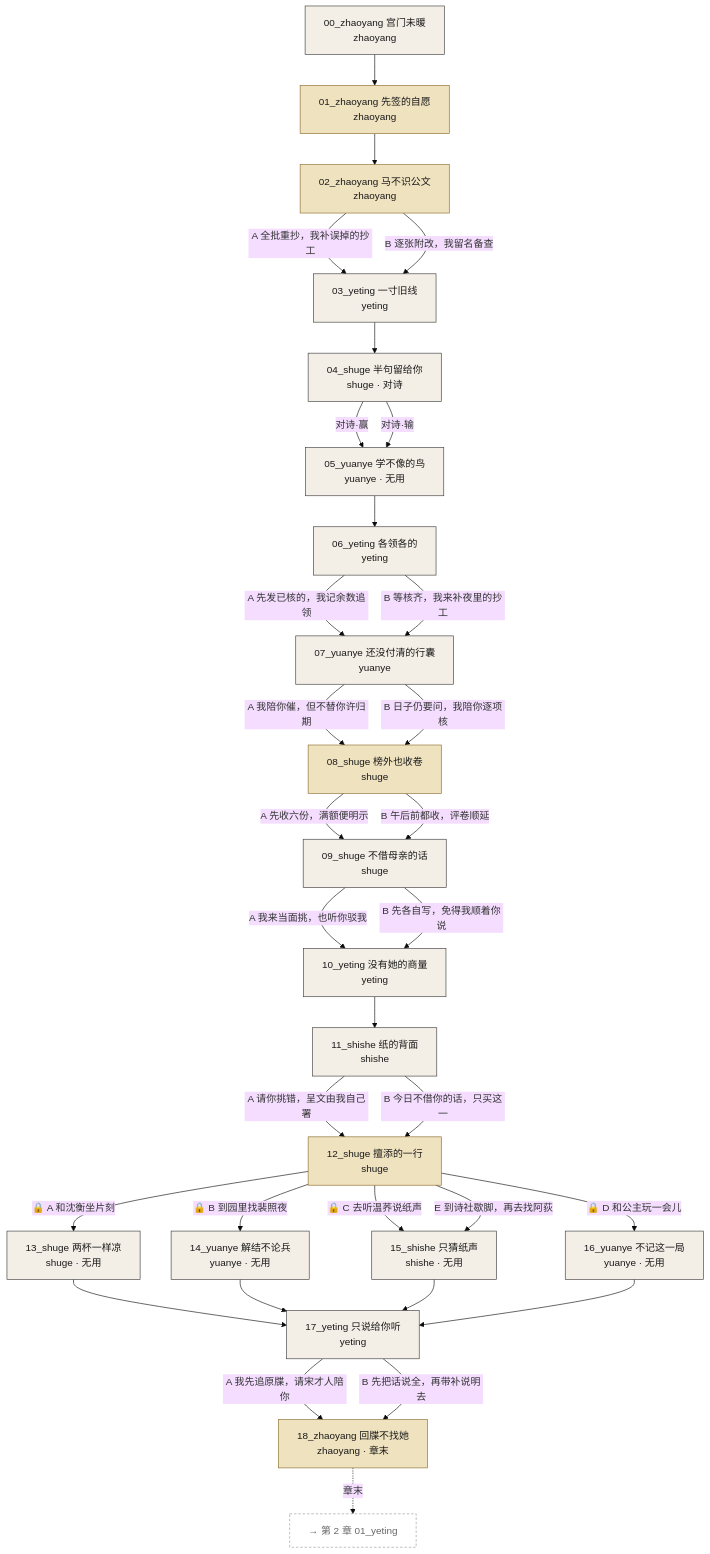
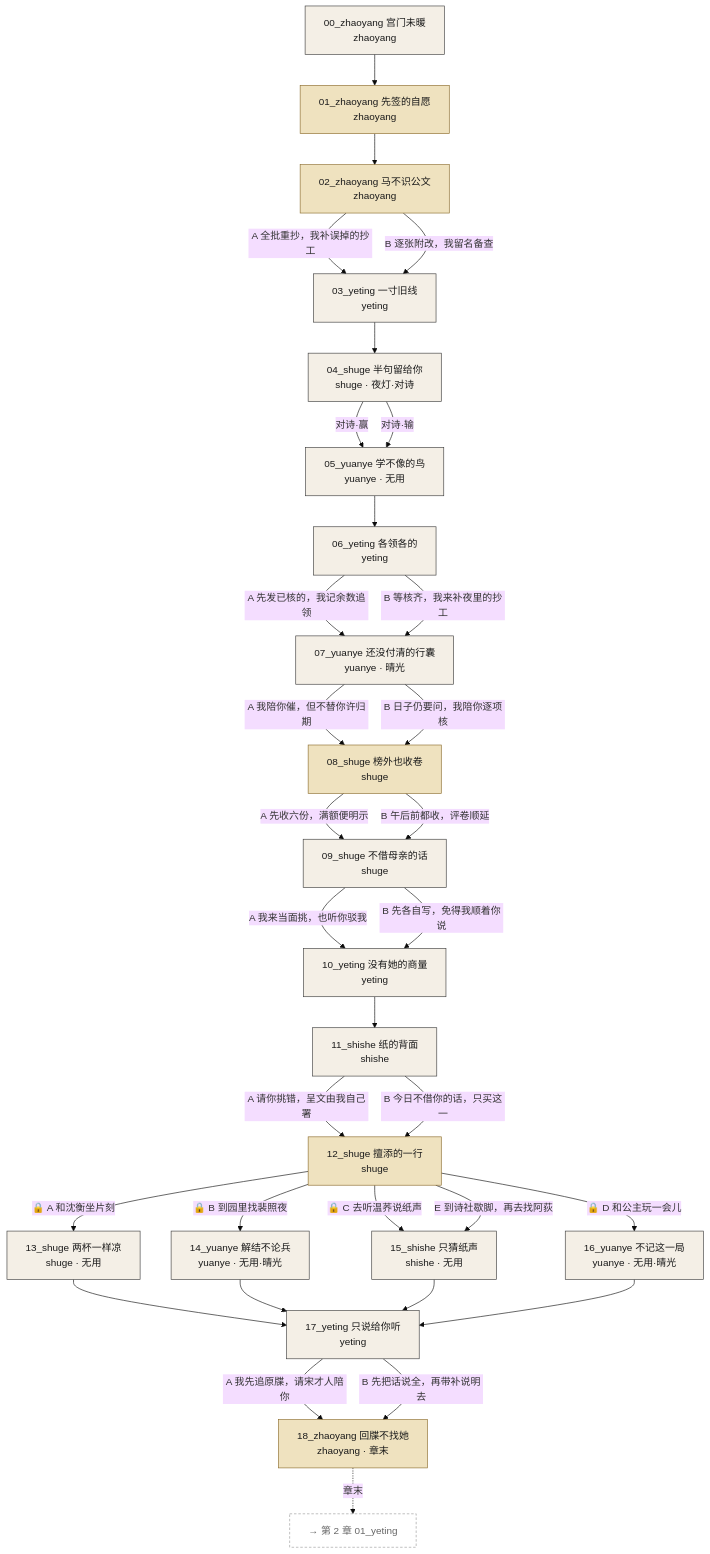
Before and after one commit to Yidizhu/wuzetian: the first of 4 diagrams in docs/story-graph.md, drawn with Mermaid (base theme). The commit also changed other lines of this file and 13 other files, not shown here.

First line of the commit message:
D28：C48 正式转换（六处晴光、两处夜灯）；场次图布置名；新指纹 aefe19f42117

````diff
--- a/docs/story-graph.md
+++ b/docs/story-graph.md
@@ -19,58 +19,58 @@
 ```mermaid
 flowchart TD
   classDef ink fill:#f4efe6,stroke:#3a3a3a,color:#1a1a1a
   classDef gold fill:#efe2bf,stroke:#8a6a2a,color:#1a1a1a
   classDef orphan stroke:#b23a2a,stroke-width:3px
   classDef pending fill:#ffffff,stroke:#999,stroke-dasharray:4 3,color:#666
   ch01_s00_zhaoyang["00_zhaoyang 宫门未暖<br/>zhaoyang"]:::ink
   ch01_s01_zhaoyang["01_zhaoyang 先签的自愿<br/>zhaoyang"]:::gold
   ch01_s02_zhaoyang["02_zhaoyang 马不识公文<br/>zhaoyang"]:::gold
   ch01_s03_yeting["03_yeting 一寸旧线<br/>yeting"]:::ink
-  ch01_s04_shuge["04_shuge 半句留给你<br/>shuge · 对诗"]:::ink
+  ch01_s04_shuge["04_shuge 半句留给你<br/>shuge · 夜灯·对诗"]:::ink
   ch01_s05_yuanye["05_yuanye 学不像的鸟<br/>yuanye · 无用"]:::ink
   ch01_s06_yeting["06_yeting 各领各的<br/>yeting"]:::ink
-  ch01_s07_yuanye["07_yuanye 还没付清的行囊<br/>yuanye"]:::ink
+  ch01_s07_yuanye["07_yuanye 还没付清的行囊<br/>yuanye · 晴光"]:::ink
   ch01_s08_shuge["08_shuge 榜外也收卷<br/>shuge"]:::gold
   ch01_s09_shuge["09_shuge 不借母亲的话<br/>shuge"]:::ink
   ch01_s10_yeting["10_yeting 没有她的商量<br/>yeting"]:::ink
   ch01_s11_shishe["11_shishe 纸的背面<br/>shishe"]:::ink
   ch01_s12_shuge["12_shuge 擅添的一行<br/>shuge"]:::gold
   ch01_s13_shuge["13_shuge 两杯一样凉<br/>shuge · 无用"]:::ink
-  ch01_s14_yuanye["14_yuanye 解结不论兵<br/>yuanye · 无用"]:::ink
+  ch01_s14_yuanye["14_yuanye 解结不论兵<br/>yuanye · 无用·晴光"]:::ink
   ch01_s15_shishe["15_shishe 只猜纸声<br/>shishe · 无用"]:::ink
-  ch01_s16_yuanye["16_yuanye 不记这一局<br/>yuanye · 无用"]:::ink
+  ch01_s16_yuanye["16_yuanye 不记这一局<br/>yuanye · 无用·晴光"]:::ink
   ch01_s17_yeting["17_yeting 只说给你听<br/>yeting"]:::ink
   ch01_s18_zhaoyang["18_zhaoyang 回牒不找她<br/>zhaoyang · 章末"]:::gold
   ch01_s00_zhaoyang --> ch01_s01_zhaoyang
   ch01_s01_zhaoyang --> ch01_s02_zhaoyang
   ch01_s02_zhaoyang -->|"A 全批重抄，我补误掉的抄工"| ch01_s03_yeting
   ch01_s02_zhaoyang -->|"B 逐张附改，我留名备查"| ch01_s03_yeting
   ch01_s03_yeting --> ch01_s04_shuge
   ch01_s04_shuge -->|"对诗·赢"| ch01_s05_yuanye
   ch01_s04_shuge -->|"对诗·输"| ch01_s05_yuanye
   ch01_s05_yuanye --> ch01_s06_yeting
   ch01_s06_yeting -->|"A 先发已核的，我记余数追领"| ch01_s07_yuanye
   ch01_s06_yeting -->|"B 等核齐，我来补夜里的抄工"| ch01_s07_yuanye
   ch01_s07_yuanye -->|"A 我陪你催，但不替你许归期"| ch01_s08_shuge
   ch01_s07_yuanye -->|"B 日子仍要问，我陪你逐项核"| ch01_s08_shuge
   ch01_s08_shuge -->|"A 先收六份，满额便明示"| ch01_s09_shuge
   ch01_s08_shuge -->|"B 午后前都收，评卷顺延"| ch01_s09_shuge
   ch01_s09_shuge -->|"A 我来当面挑，也听你驳我"| ch01_s10_yeting
   ch01_s09_shuge -->|"B 先各自写，免得我顺着你说"| ch01_s10_yeting
   ch01_s10_yeting --> ch01_s11_shishe
   ch01_s11_shishe -->|"A 请你挑错，呈文由我自己署"| ch01_s12_shuge
   ch01_s11_shishe -->|"B 今日不借你的话，只买这一"| ch01_s12_shuge
   ch01_s12_shuge -->|"🔒 A 和沈衡坐片刻"| ch01_s13_shuge
   ch01_s12_shuge -->|"🔒 B 到园里找裴照夜"| ch01_s14_yuanye
   ch01_s12_shuge -->|"🔒 C 去听温荞说纸声"| ch01_s15_shishe
   ch01_s12_shuge -->|"🔒 D 和公主玩一会儿"| ch01_s16_yuanye
   ch01_s12_shuge -->|"E 到诗社歇脚，再去找阿荻"| ch01_s15_shishe
   ch01_s13_shuge --> ch01_s17_yeting
   ch01_s14_yuanye --> ch01_s17_yeting
   ch01_s15_shishe --> ch01_s17_yeting
   ch01_s16_yuanye --> ch01_s17_yeting
   ch01_s17_yeting -->|"A 我先追原牒，请宋才人陪你"| ch01_s18_zhaoyang
   ch01_s17_yeting -->|"B 先把话说全，再带补说明去"| ch01_s18_zhaoyang
   ch01_s18_zhaoyang -.->|"章末"| ch02_s01_yeting
   ch02_s01_yeting["→ 第 2 章 01_yeting"]:::pending
 ```
````
